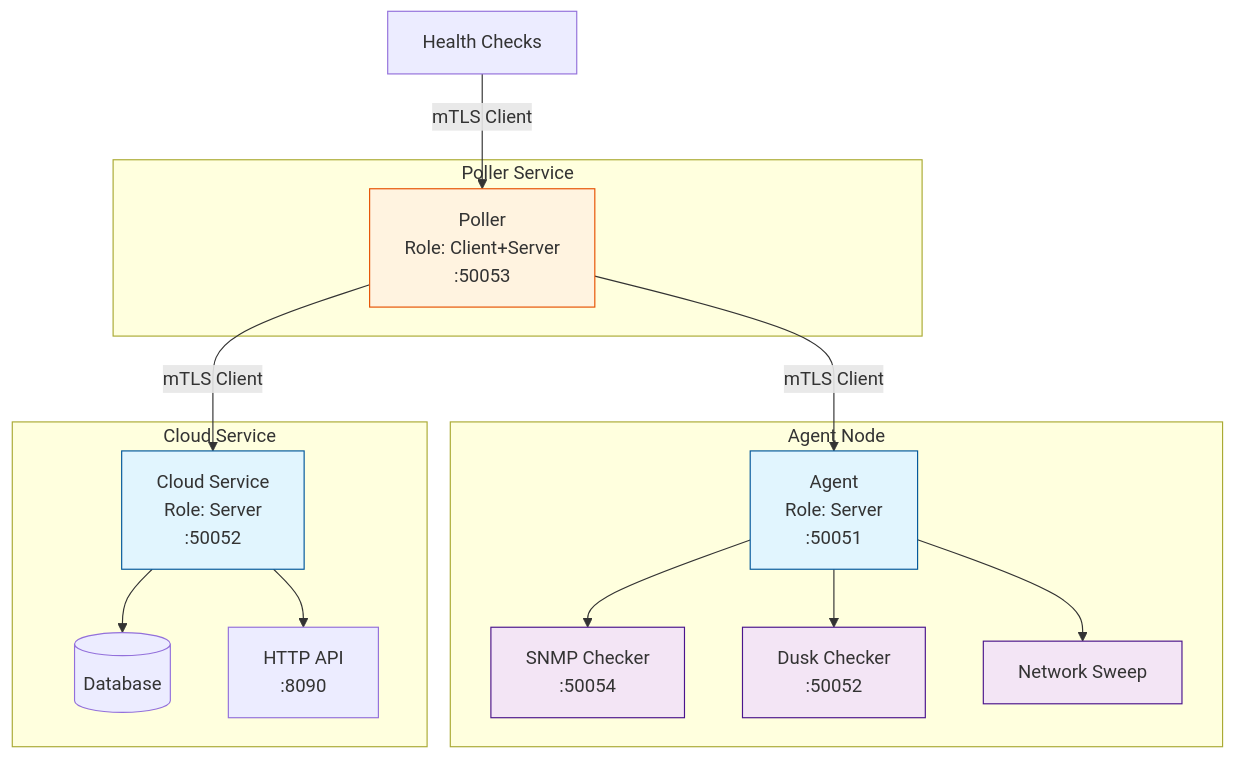
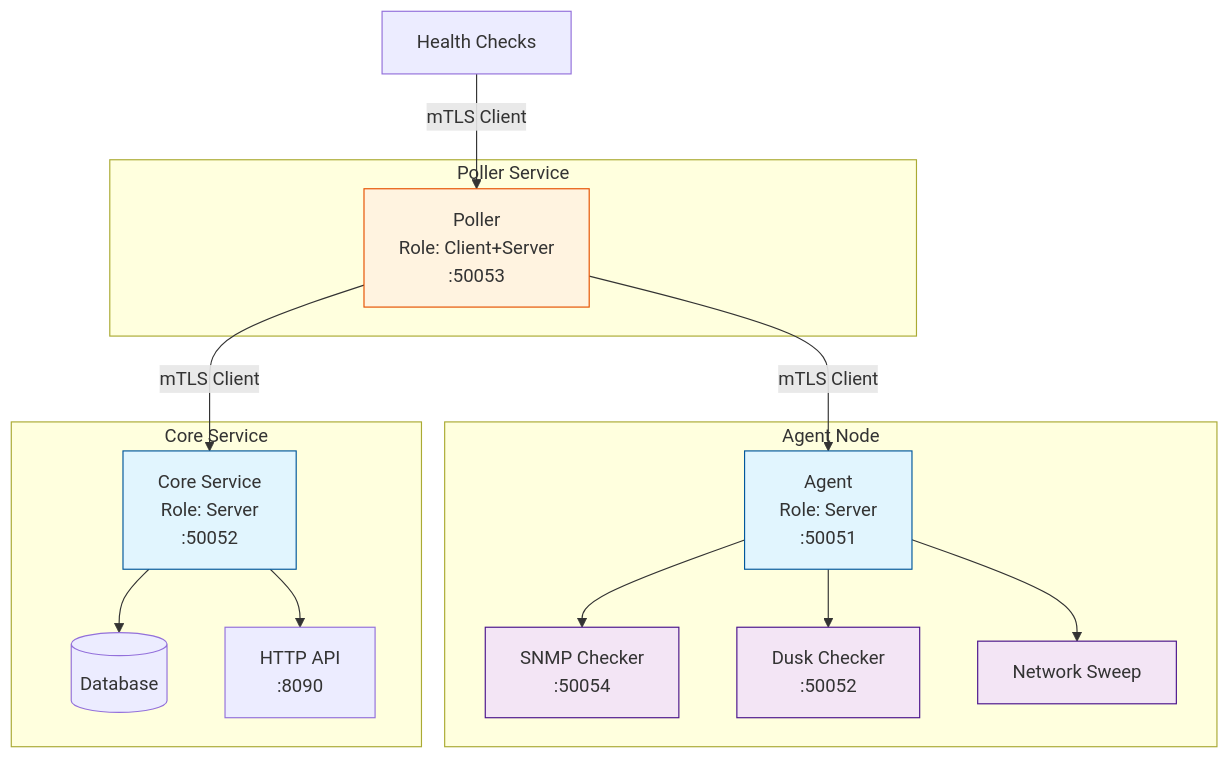
One commit to mfreeman451/serviceradar changed the diagram in tls/README.md. Above: the diagram before and after it, drawn with Mermaid. The commit also changed other lines of this file and 39 other files, not shown here.

````diff
--- a/tls/README.md
+++ b/tls/README.md
@@ -5,41 +5,41 @@
 ```mermaid
 graph TB
 subgraph "Agent Node"
 AG[Agent<br/>Role: Server<br/>:50051]
 SNMPCheck[SNMP Checker<br/>:50054]
 DuskCheck[Dusk Checker<br/>:50052]
 SweepCheck[Network Sweep]
 
         AG --> SNMPCheck
         AG --> DuskCheck
         AG --> SweepCheck
     end
     
     subgraph "Poller Service"
         PL[Poller<br/>Role: Client+Server<br/>:50053]
     end
     
-    subgraph "Cloud Service"
-        CL[Cloud Service<br/>Role: Server<br/>:50052]
+    subgraph "Core Service"
+        CL[Core Service<br/>Role: Server<br/>:50052]
         DB[(Database)]
         API[HTTP API<br/>:8090]
         
         CL --> DB
         CL --> API
     end
     
     %% Client connections from Poller
     PL -->|mTLS Client| AG
     PL -->|mTLS Client| CL
     
     %% Server connections to Poller
     HC1[Health Checks] -->|mTLS Client| PL
     
     classDef server fill:#e1f5fe,stroke:#01579b
     classDef client fill:#f3e5f5,stroke:#4a148c
     classDef dual fill:#fff3e0,stroke:#e65100
     
     class AG,CL server
     class PL dual
     class SNMPCheck,DuskCheck,SweepCheck client
 ```
````
